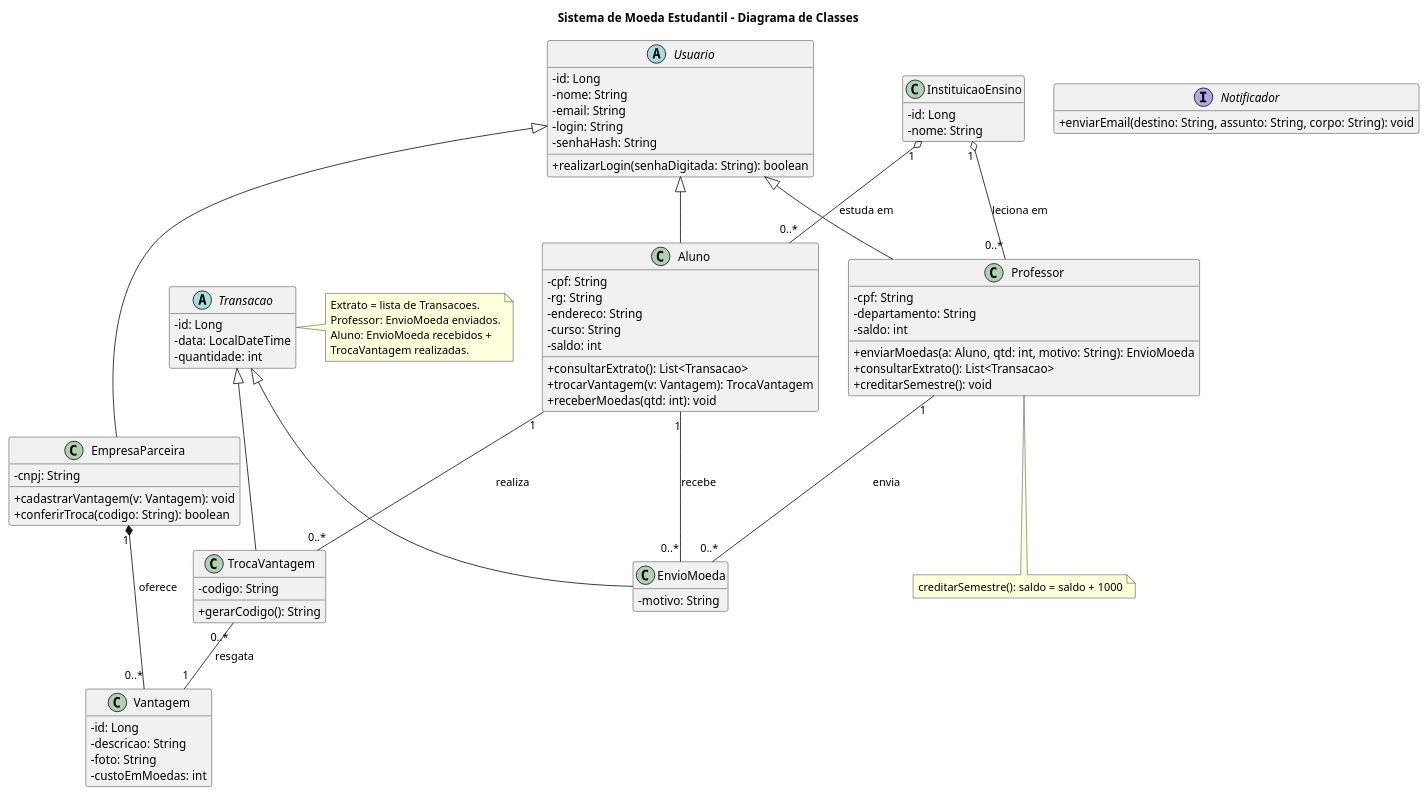
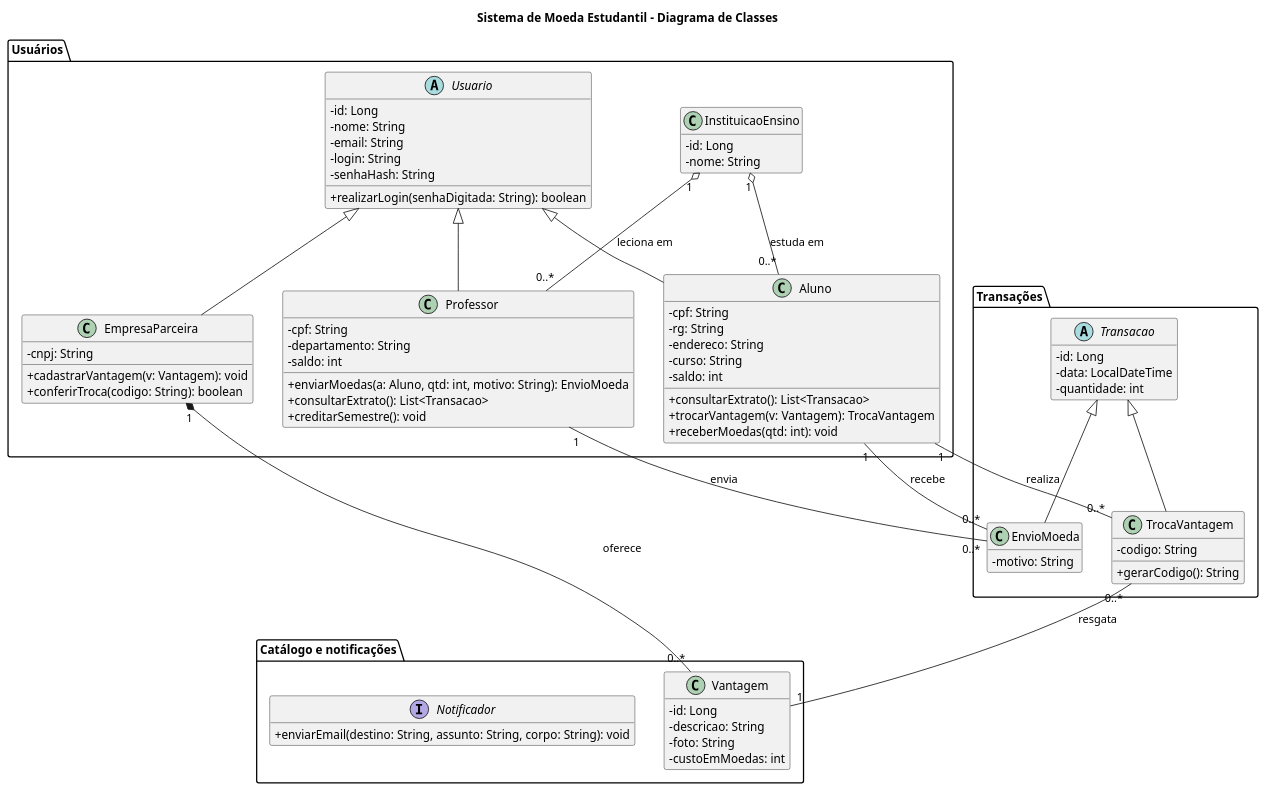
One commit to fillmello/lab03_rounds changed the diagram in docs/diagramas/diagrama-de-classes.puml. Above: the diagram before and after it, drawn with PlantUML. The commit also changed 20 other files, not shown here.

```diff
--- a/docs/diagramas/diagrama-de-classes.puml
+++ b/docs/diagramas/diagrama-de-classes.puml
@@ -1,100 +1,95 @@
 @startuml diagrama-de-classes
 title Sistema de Moeda Estudantil - Diagrama de Classes
 skinparam classAttributeIconSize 0
 skinparam shadowing false
 hide empty members
 
-abstract class Usuario {
-  -id: Long
-  -nome: String
-  -email: String
-  -login: String
-  -senhaHash: String
-  +realizarLogin(senhaDigitada: String): boolean
+package "Usuários" {
+  abstract class Usuario {
+    -id: Long
+    -nome: String
+    -email: String
+    -login: String
+    -senhaHash: String
+    +realizarLogin(senhaDigitada: String): boolean
+  }
+
+  class Aluno {
+    -cpf: String
+    -rg: String
+    -endereco: String
+    -curso: String
+    -saldo: int
+    +consultarExtrato(): List<Transacao>
+    +trocarVantagem(v: Vantagem): TrocaVantagem
+    +receberMoedas(qtd: int): void
+  }
+
+  class Professor {
+    -cpf: String
+    -departamento: String
+    -saldo: int
+    +enviarMoedas(a: Aluno, qtd: int, motivo: String): EnvioMoeda
+    +consultarExtrato(): List<Transacao>
+    +creditarSemestre(): void
+  }
+
+  class EmpresaParceira {
+    -cnpj: String
+    +cadastrarVantagem(v: Vantagem): void
+    +conferirTroca(codigo: String): boolean
+  }
+
+  class InstituicaoEnsino {
+    -id: Long
+    -nome: String
+  }
 }
 
-class Aluno {
-  -cpf: String
-  -rg: String
-  -endereco: String
-  -curso: String
-  -saldo: int
-  +consultarExtrato(): List<Transacao>
-  +trocarVantagem(v: Vantagem): TrocaVantagem
-  +receberMoedas(qtd: int): void
+package "Transações" {
+  abstract class Transacao {
+    -id: Long
+    -data: LocalDateTime
+    -quantidade: int
+  }
+
+  class EnvioMoeda {
+    -motivo: String
+  }
+
+  class TrocaVantagem {
+    -codigo: String
+    +gerarCodigo(): String
+  }
 }
 
-class Professor {
-  -cpf: String
-  -departamento: String
-  -saldo: int
-  +enviarMoedas(a: Aluno, qtd: int, motivo: String): EnvioMoeda
-  +consultarExtrato(): List<Transacao>
-  +creditarSemestre(): void
-}
+package "Catálogo e notificações" {
+  class Vantagem {
+    -id: Long
+    -descricao: String
+    -foto: String
+    -custoEmMoedas: int
+  }
 
-class EmpresaParceira {
-  -cnpj: String
-  +cadastrarVantagem(v: Vantagem): void
-  +conferirTroca(codigo: String): boolean
-}
-
-class InstituicaoEnsino {
-  -id: Long
-  -nome: String
-}
-
-class Vantagem {
-  -id: Long
-  -descricao: String
-  -foto: String
-  -custoEmMoedas: int
-}
-
-abstract class Transacao {
-  -id: Long
-  -data: LocalDateTime
-  -quantidade: int
-}
-
-class EnvioMoeda {
-  -motivo: String
-}
-
-class TrocaVantagem {
-  -codigo: String
-  +gerarCodigo(): String
-}
-
-interface Notificador {
-  +enviarEmail(destino: String, assunto: String, corpo: String): void
+  interface Notificador {
+    +enviarEmail(destino: String, assunto: String, corpo: String): void
+  }
 }
 
 Usuario <|-- Aluno
 Usuario <|-- Professor
 Usuario <|-- EmpresaParceira
 
 Transacao <|-- EnvioMoeda
 Transacao <|-- TrocaVantagem
 
 InstituicaoEnsino "1" o-- "0..*" Aluno : estuda em
 InstituicaoEnsino "1" o-- "0..*" Professor : leciona em
 
 Professor "1" -- "0..*" EnvioMoeda : envia
 Aluno "1" -- "0..*" EnvioMoeda : recebe
 Aluno "1" -- "0..*" TrocaVantagem : realiza
 TrocaVantagem "0..*" -- "1" Vantagem : resgata
 EmpresaParceira "1" *-- "0..*" Vantagem : oferece
 
-note right of Transacao
-  Extrato = lista de Transacoes.
-  Professor: EnvioMoeda enviados.
-  Aluno: EnvioMoeda recebidos +
-  TrocaVantagem realizadas.
-end note
-
-note bottom of Professor
-  creditarSemestre(): saldo = saldo + 1000
-end note
-
 @enduml
```
